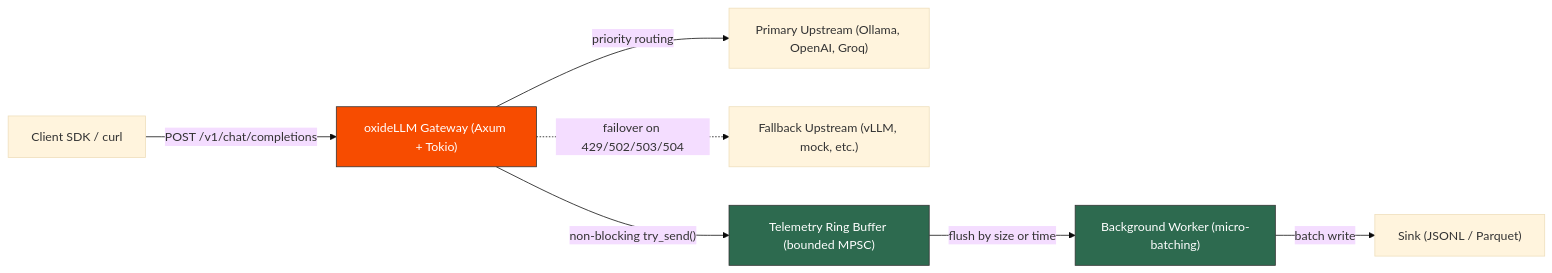
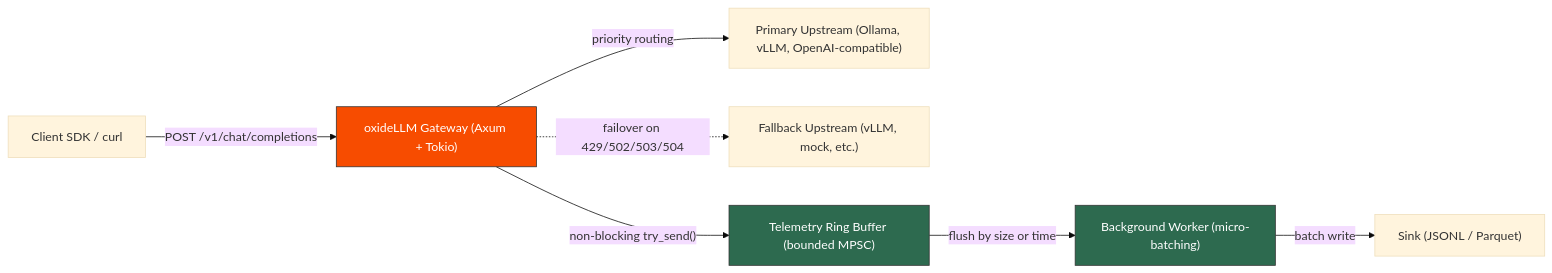
One commit to lugga1s/oxideLLM changed the diagram in README.md. Above: the diagram before and after it, drawn with Mermaid (base theme). The commit also changed other lines of this file and 5 other files, not shown here.

````diff
--- a/README.md
+++ b/README.md
@@ -160,21 +143,21 @@
 ```mermaid
 graph LR
     Client["Client SDK / curl"]
     Gateway["oxideLLM Gateway (Axum + Tokio)"]
-    Primary["Primary Upstream (Ollama, OpenAI, Groq)"]
+    Primary["Primary Upstream (Ollama, vLLM, OpenAI-compatible)"]
     Fallback["Fallback Upstream (vLLM, mock, etc.)"]
     Ring["Telemetry Ring Buffer (bounded MPSC)"]
     Worker["Background Worker (micro-batching)"]
     Sink["Sink (JSONL / Parquet)"]
 
     Client -->|"POST /v1/chat/completions"| Gateway
     Gateway -->|"priority routing"| Primary
     Gateway -.->|"failover on 429/502/503/504"| Fallback
     Gateway -->|"non-blocking try_send()"| Ring
     Ring -->|"flush by size or time"| Worker
     Worker -->|"batch write"| Sink
 
     style Gateway fill:#f74c00,color:#fff,stroke:#333
     style Ring fill:#2d6a4f,color:#fff,stroke:#333
     style Worker fill:#2d6a4f,color:#fff,stroke:#333
 ```
````
